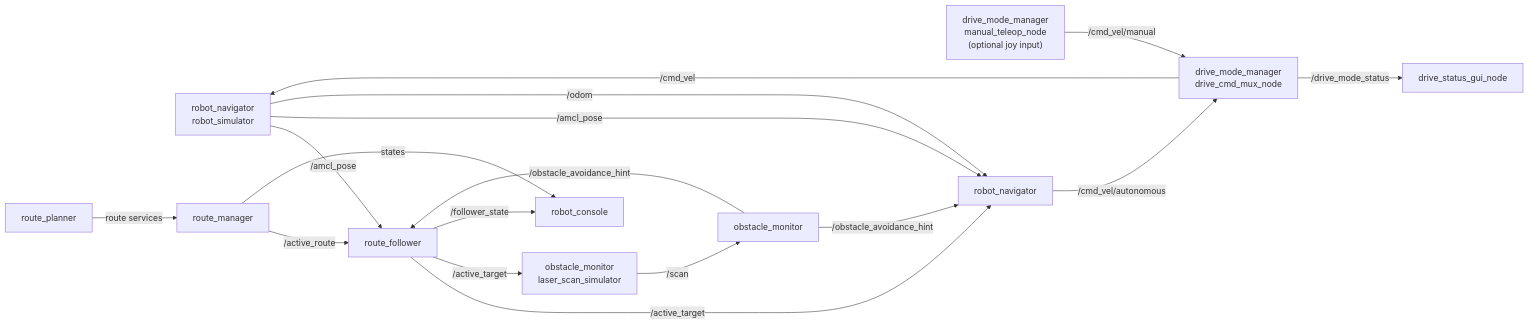
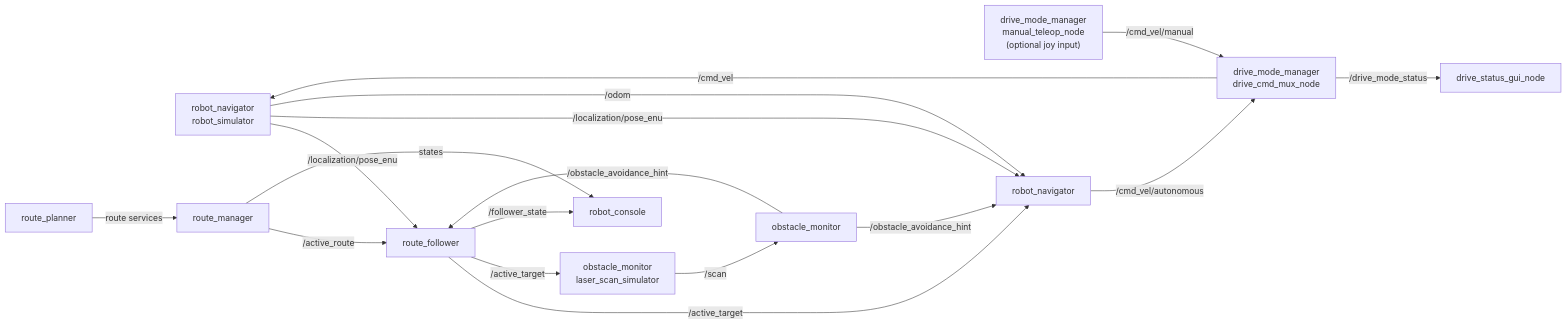
One commit to kazoga/tc2026 changed the sixth of 7 diagrams in docs/次期システム_アーキテクチャ検討レポート.md. Above: the diagram before and after it, drawn with Mermaid. The commit also changed other lines of this file and 48 other files, not shown here.

Commit message:
Migrate localization pose topic to pose_enu

````diff
--- a/docs/次期システム_アーキテクチャ検討レポート.md
+++ b/docs/次期システム_アーキテクチャ検討レポート.md
@@ -1066,31 +1064,31 @@
 ```mermaid
 flowchart LR
   SIM["robot_navigator<br/>robot_simulator"]
   MUX["drive_mode_manager<br/>drive_cmd_mux_node"]
   TELEOP["drive_mode_manager<br/>manual_teleop_node<br/>(optional joy input)"]
   DRIVE_GUI["drive_status_gui_node"]
   SCAN["obstacle_monitor<br/>laser_scan_simulator"]
   RP["route_planner"]
   RM["route_manager"]
   RF["route_follower"]
   RN["robot_navigator"]
   OM["obstacle_monitor"]
   GUI["robot_console"]
 
   TELEOP -- "/cmd_vel/manual" --> MUX
   RN -- "/cmd_vel/autonomous" --> MUX
   MUX -- "/cmd_vel" --> SIM
   MUX -- "/drive_mode_status" --> DRIVE_GUI
-  SIM -- "/amcl_pose" --> RF
-  SIM -- "/amcl_pose" --> RN
+  SIM -- "/localization/pose_enu" --> RF
+  SIM -- "/localization/pose_enu" --> RN
   SIM -- "/odom" --> RN
   SCAN -- "/scan" --> OM
   RP -- "route services" --> RM
   RM -- "/active_route" --> RF
   RF -- "/active_target" --> RN
   RF -- "/active_target" --> SCAN
   OM -- "/obstacle_avoidance_hint" --> RF
   OM -- "/obstacle_avoidance_hint" --> RN
   RM -- "states" --> GUI
   RF -- "/follower_state" --> GUI
 ```
````
